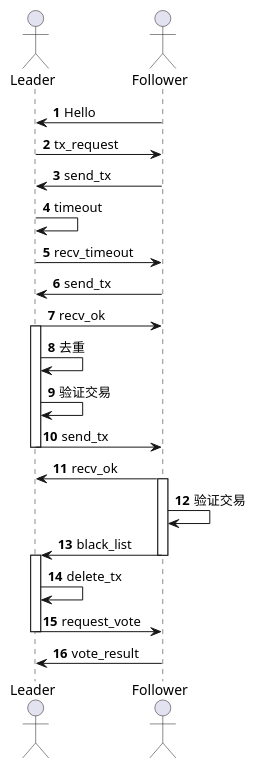
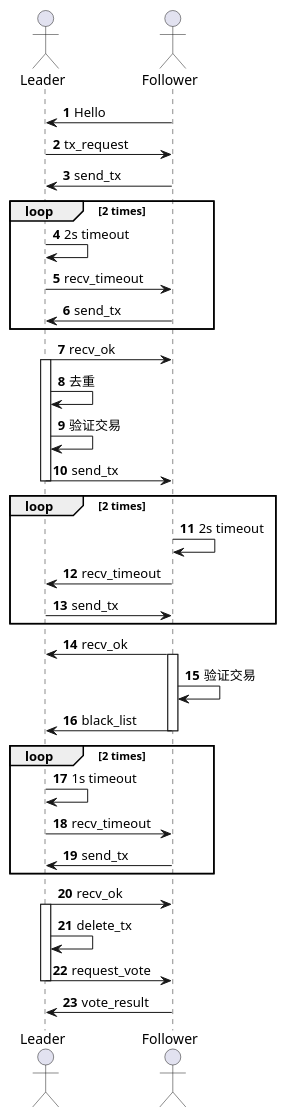
One commit to alvinleee/matrix-work changed the diagram in doc/leader-follower-uml.wsd. Above: the diagram before and after it, drawn with PlantUML.

Commit message:
add loop

```diff
--- a/doc/leader-follower-uml.wsd
+++ b/doc/leader-follower-uml.wsd
@@ -1,31 +1,47 @@
 @startuml
 
 actor Leader
 actor Follower
 autonumber
 Follower->Leader:   Hello
 Leader->Follower:   tx_request
 Follower->Leader:   send_tx
-Leader->Leader:     timeout
-Leader->Follower:   recv_timeout
-Follower->Leader:   send_tx
+loop 2 times
+    Leader->Leader:     2s timeout
+    Leader->Follower:   recv_timeout
+    Follower->Leader:   send_tx
+end
 Leader->Follower:   recv_ok
+
 activate Leader
 Leader->Leader:     去重
 Leader->Leader:     验证交易
 Leader->Follower:   send_tx
 deactivate Leader
+
+loop 2 times
+    Follower->Follower: 2s timeout
+    Follower->Leader:   recv_timeout
+    Leader->Follower:   send_tx
+end
 Follower->Leader:   recv_ok
 activate Follower
 Follower->Follower: 验证交易
 Follower->Leader:   black_list
 deactivate Follower
 
+loop 2 times
+    Leader->Leader:     1s timeout
+    Leader->Follower:   recv_timeout
+    Follower->Leader:   send_tx
+end
+
+Leader->Follower:   recv_ok
 activate Leader
 Leader->Leader:     delete_tx
 Leader->Follower:   request_vote
 deactivate Leader
 Follower->Leader:   vote_result
 
 
 @enduml
```
